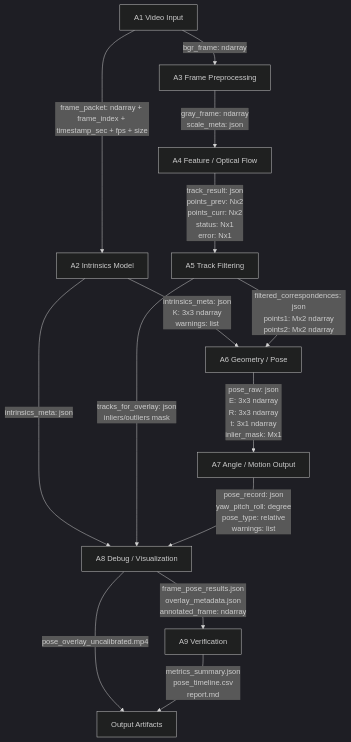
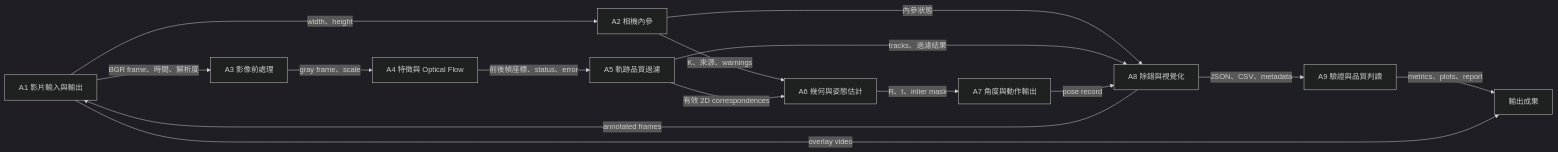
The second of 3 diagrams in breakdown/02_Optical_Flow_Pose/02_Analysis/README.md (Rt209/camera-angle), drawn with Mermaid (dark theme) before and after one commit. The commit also changed other lines of this file, not shown here.

````diff
--- a/breakdown/02_Optical_Flow_Pose/02_Analysis/README.md
+++ b/breakdown/02_Optical_Flow_Pose/02_Analysis/README.md
@@ -196,16 +248,17 @@
 ```mermaid
-flowchart TD
-    A1[A1 Video Input] -->|frame_packet: ndarray + frame_index + timestamp_sec + fps + size| A2[A2 Intrinsics Model]
-    A1 -->|bgr_frame: ndarray| A3[A3 Frame Preprocessing]
-    A2 -->|intrinsics_meta: json<br/>K: 3x3 ndarray<br/>warnings: list| A6[A6 Geometry / Pose]
-    A2 -->|intrinsics_meta: json| A8[A8 Debug / Visualization]
-    A3 -->|gray_frame: ndarray<br/>scale_meta: json| A4[A4 Feature / Optical Flow]
-    A4 -->|track_result: json<br/>points_prev: Nx2<br/>points_curr: Nx2<br/>status: Nx1<br/>error: Nx1| A5[A5 Track Filtering]
-    A5 -->|filtered_correspondences: json<br/>points1: Mx2 ndarray<br/>points2: Mx2 ndarray| A6
-    A6 -->|pose_raw: json<br/>E: 3x3 ndarray<br/>R: 3x3 ndarray<br/>t: 3x1 ndarray<br/>inlier_mask: Mx1| A7[A7 Angle / Motion Output]
-    A5 -->|tracks_for_overlay: json<br/>inliers/outliers mask| A8
-    A7 -->|pose_record: json<br/>yaw_pitch_roll: degree<br/>pose_type: relative<br/>warnings: list| A8
-    A8 -->|frame_pose_results.json<br/>overlay_metadata.json<br/>annotated_frame: ndarray| A9[A9 Verification]
-    A8 -->|pose_overlay_uncalibrated.mp4| OUT[Output Artifacts]
-    A9 -->|metrics_summary.json<br/>pose_timeline.csv<br/>report.md| OUT
+flowchart LR
+    A1[A1 影片輸入與輸出] -->|BGR frame、時間、解析度| A3[A3 影像前處理]
+    A1 -->|width、height| A2[A2 相機內參]
+    A3 -->|gray frame、scale| A4[A4 特徵與 Optical Flow]
+    A4 -->|前後幀座標、status、error| A5[A5 軌跡品質過濾]
+    A2 -->|K、來源、warnings| A6[A6 幾何與姿態估計]
+    A5 -->|有效 2D correspondences| A6
+    A6 -->|R、t、inlier mask| A7[A7 角度與動作輸出]
+    A2 -->|內參狀態| A8[A8 除錯與視覺化]
+    A5 -->|tracks、過濾結果| A8
+    A7 -->|pose record| A8
+    A8 -->|annotated frames| A1
+    A8 -->|JSON、CSV、metadata| A9[A9 驗證與品質判讀]
+    A9 -->|metrics、plots、report| OUT[輸出成果]
+    A1 -->|overlay video| OUT
 ```
````
